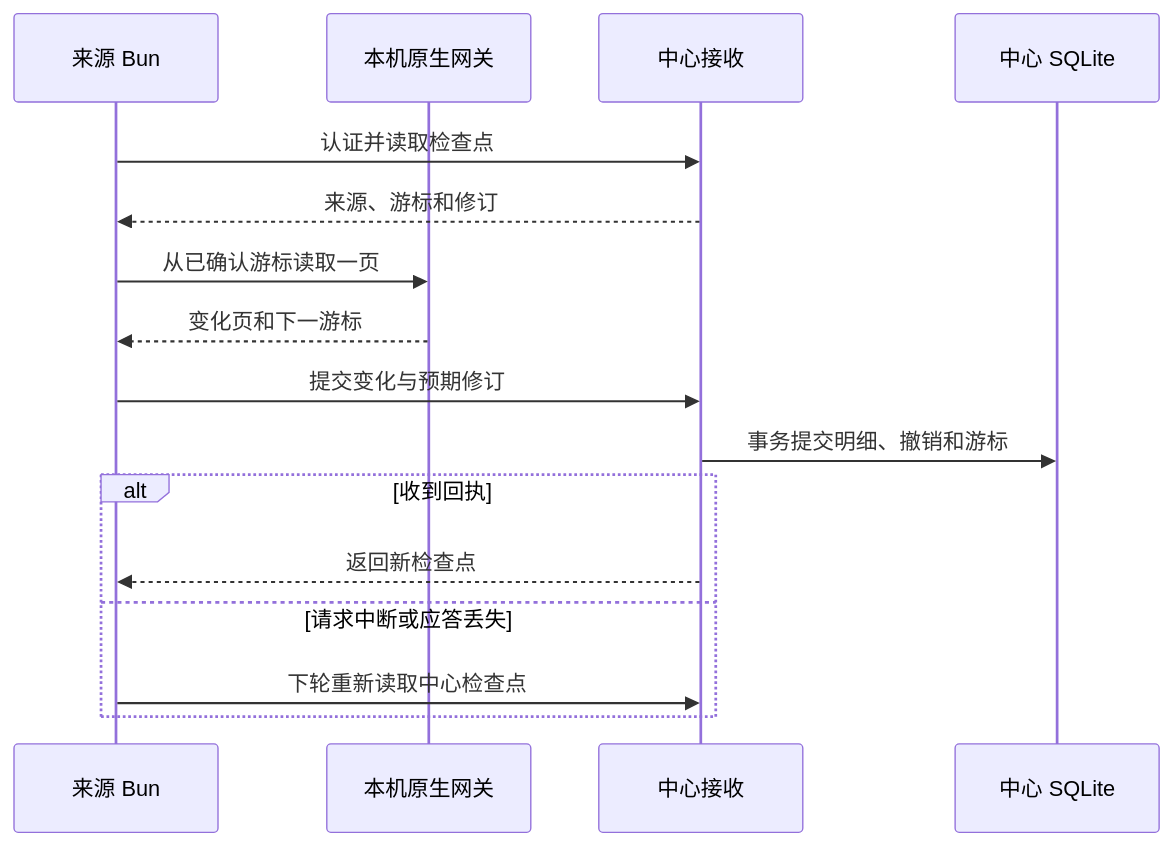
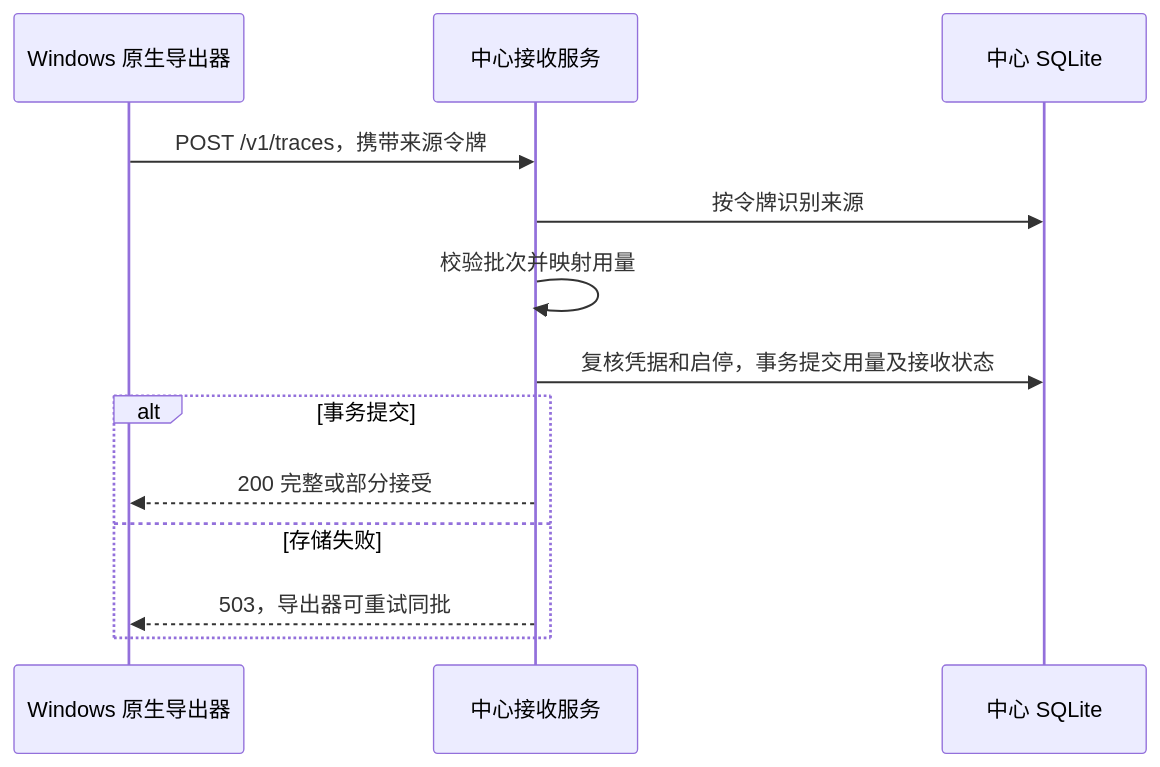
One commit to xiao-xiao-cai/magpie-usage-hub changed the diagram in docs/05-同步流程与故障恢复设计.md. Above: the diagram before and after it, drawn with Mermaid. The commit also changed other lines of this file and 45 other files, not shown here.

````diff
--- a/docs/05-同步流程与故障恢复设计.md
+++ b/docs/05-同步流程与故障恢复设计.md
@@ -7,18 +9,15 @@
 ```mermaid
 sequenceDiagram
-    participant W as 来源 Bun
-    participant G as 本机原生网关
-    participant B as 中心接收
-    participant D as 中心 SQLite
-    W->>B: 认证并读取检查点
-    B-->>W: 来源、游标和修订
-    W->>G: 从已确认游标读取一页
-    G-->>W: 变化页和下一游标
-    W->>B: 提交变化与预期修订
-    B->>D: 事务提交明细、撤销和游标
-    alt 收到回执
-        B-->>W: 返回新检查点
-    else 请求中断或应答丢失
-        W->>B: 下轮重新读取中心检查点
+    participant W as Windows 原生导出器
+    participant C as 中心接收服务
+    participant S as 中心 SQLite
+    W->>C: POST /v1/traces，携带来源令牌
+    C->>S: 按令牌识别来源
+    C->>C: 校验批次并映射用量
+    C->>S: 复核凭据和启停，事务提交用量及接收状态
+    alt 事务提交
+        C-->>W: 200 完整或部分接受
+    else 存储失败
+        C-->>W: 503，导出器可重试同批
     end
 ```
````
